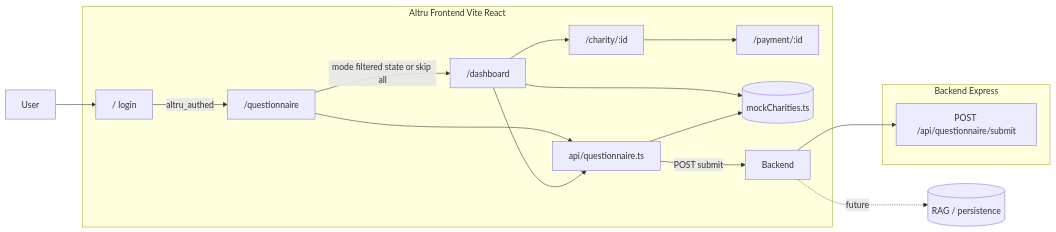
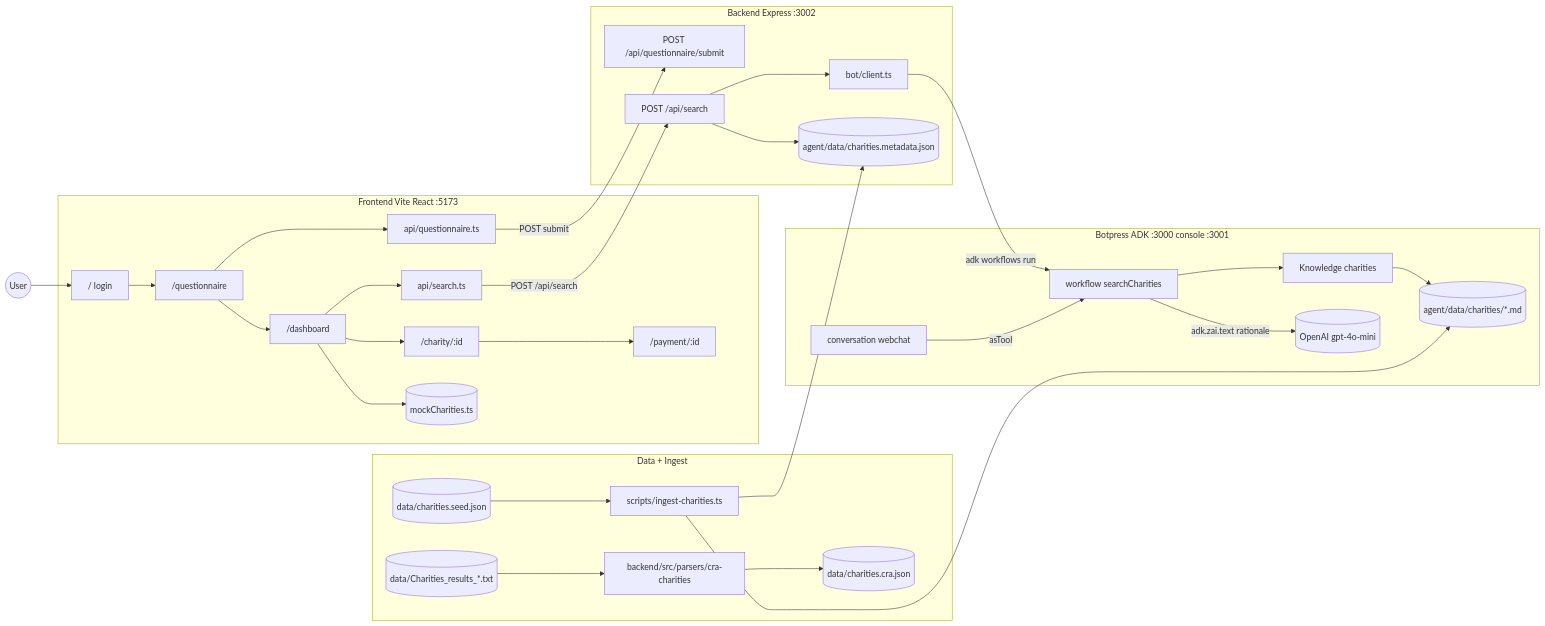
Before and after one commit to parzival1l/Beaverworks: the diagram in architecture.md, drawn with Mermaid. The commit also changed other lines of this file and 60 other files, not shown here.

First line of the commit message:
feat(agent): implement Botpress ADK agent for charity discovery

````diff
--- a/architecture.md
+++ b/architecture.md
@@ -31,25 +49,53 @@
 ```mermaid
 flowchart LR
-  subgraph frontend [Altru Frontend Vite React]
+  User((User))
+
+  subgraph fe [Frontend Vite React :5173]
     Login["/ login"]
     Q["/questionnaire"]
     Dash["/dashboard"]
     Detail["/charity/:id"]
     Pay["/payment/:id"]
-    Login -->|altru_authed| Q
-    Q -->|mode filtered state or skip all| Dash
-    Dash --> Detail --> Pay
-    ApiClient["api/questionnaire.ts"]
-    Q --> ApiClient
-    Dash --> ApiClient
-    Dash --> Mock[(mockCharities.ts)]
-    ApiClient -->|"POST submit"| Backend
-    ApiClient --> Mock
+    QApi["api/questionnaire.ts"]
+    SApi["api/search.ts"]
+    Mock[("mockCharities.ts")]
   end
-  subgraph backend [Backend Express]
-    Submit["POST /api/questionnaire/submit"]
-    Backend --> Submit
+
+  subgraph be [Backend Express :3002]
+    QSubmit["POST /api/questionnaire/submit"]
+    SSearch["POST /api/search"]
+    BotClient["bot/client.ts"]
+    Meta[("agent/data/charities.metadata.json")]
   end
-  User --> Login
-  Backend -.->|future| Data[(RAG / persistence)]
+
+  subgraph bot [Botpress ADK :3000 console :3001]
+    WF["workflow searchCharities"]
+    KB["Knowledge charities"]
+    Webchat["conversation webchat"]
+    OpenAI[(OpenAI gpt-4o-mini)]
+    KBData[("agent/data/charities/*.md")]
+  end
+
+  subgraph data [Data + Ingest]
+    Seed[("data/charities.seed.json")]
+    Cra[("data/Charities_results_*.txt")]
+    CraOut[("data/charities.cra.json")]
+    Ingest["scripts/ingest-charities.ts"]
+    CraParser["backend/src/parsers/cra-charities"]
+  end
+
+  User --> Login --> Q --> Dash --> Detail --> Pay
+  Q --> QApi
+  Dash --> SApi
+  Dash --> Mock
+  QApi -->|"POST submit"| QSubmit
+  SApi -->|"POST /api/search"| SSearch
+  SSearch --> BotClient -->|adk workflows run| WF
+  SSearch --> Meta
+  WF --> KB --> KBData
+  WF -->|"adk.zai.text rationale"| OpenAI
+  Webchat -->|"asTool"| WF
+  Seed --> Ingest --> KBData
+  Ingest --> Meta
+  Cra --> CraParser --> CraOut
 ```
````
